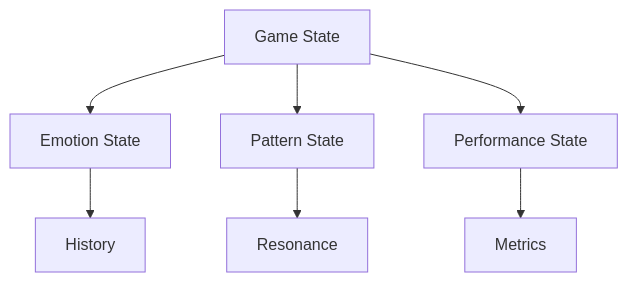
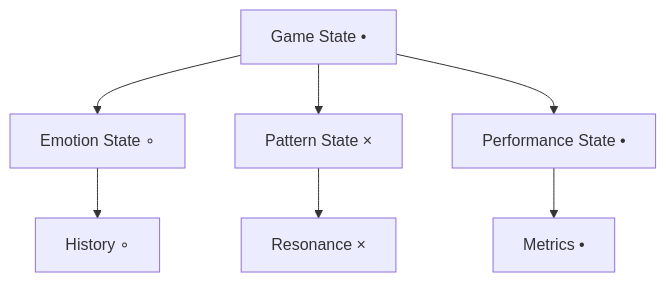
The third of 3 diagrams in README.md (terrafying/musicpullzel), drawn with Mermaid before and after one commit. The commit also changed other lines of this file and 31 other files, not shown here.

````diff
--- a/README.md
+++ b/README.md
@@ -35,9 +67,9 @@
 ```mermaid
 graph TD
-    A[Game State] --> B[Emotion State]
-    A --> C[Pattern State]
-    A --> D[Performance State]
-    B --> E[History]
-    C --> F[Resonance]
-    D --> G[Metrics]
+    A[Game State •] --> B[Emotion State ∘]
+    A --> C[Pattern State ×]
+    A --> D[Performance State •]
+    B --> E[History ∘]
+    C --> F[Resonance ×]
+    D --> G[Metrics •]
 ```
````
